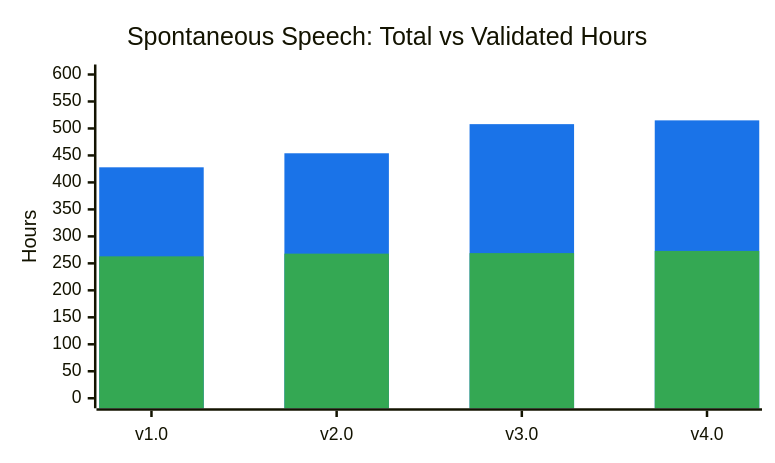
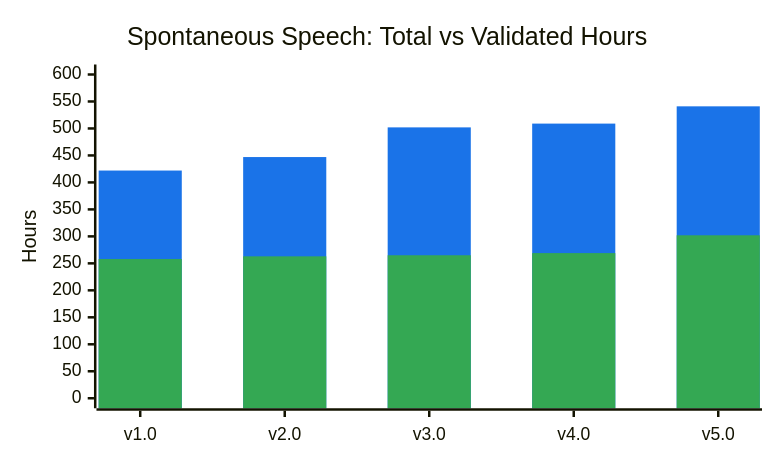
Before and after one commit to common-voice/cv-dataset: the third of 3 diagrams in README.md, drawn with Mermaid. The commit also changed other lines of this file and 1 other file, not shown here.

````diff
--- a/README.md
+++ b/README.md
@@ -93,17 +93,17 @@
 ```mermaid
 ---
 config:
     xyChart:
         width: 600
         height: 350
     themeVariables:
         xyChart:
             plotColorPalette: "#1a73e8, #34a853"
 ---
 xychart-beta
     title "Spontaneous Speech: Total vs Validated Hours"
-    x-axis ["v1.0","v2.0","v3.0","v4.0"]
+    x-axis ["v1.0","v2.0","v3.0","v4.0","v5.0"]
     y-axis "Hours" 0 --> 600
-    bar [428,454,508,515]
-    bar [263,268,269,273]
+    bar [422,447,502,509,541]
+    bar [258,263,265,269,302]
 ```
````
